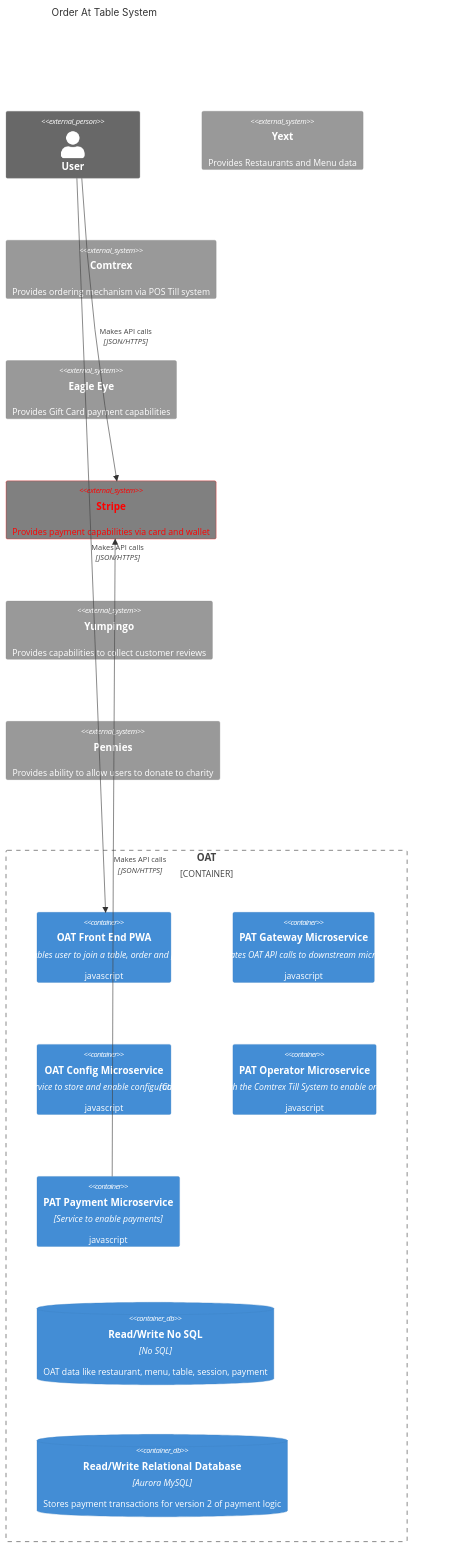
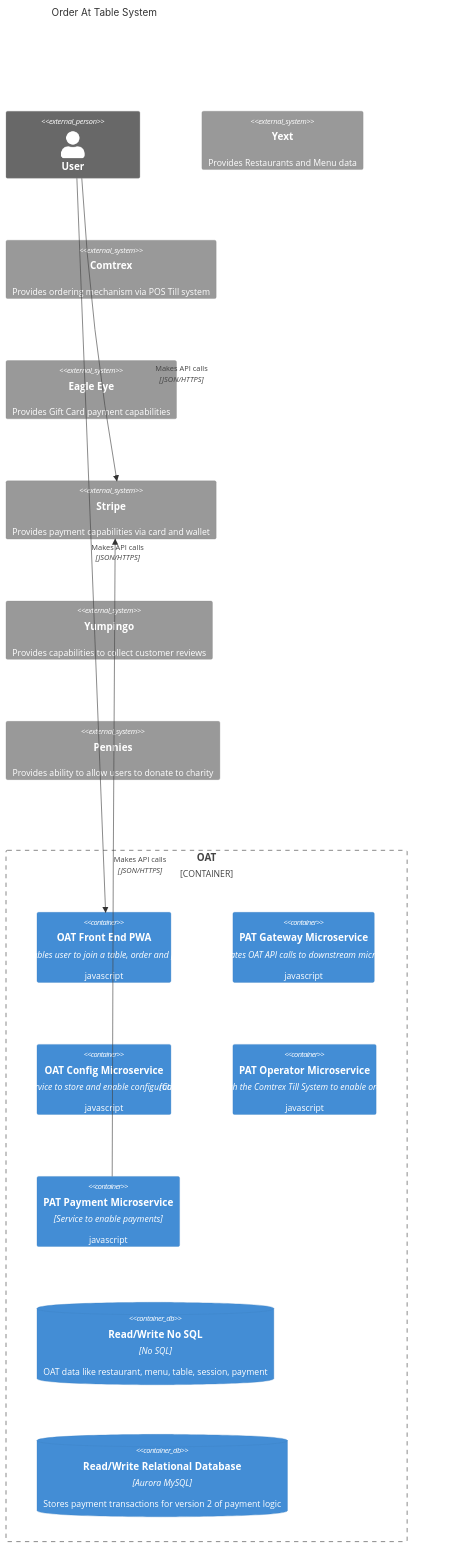
The diagram in c4-model.md (anandakumarpalanisamy/css-recipes), drawn with Mermaid before and after one commit.

````diff
--- a/c4-model.md
+++ b/c4-model.md
@@ -1,29 +1,29 @@
 ```mermaid
 C4Container
 title Order At Table System
 
 Person_Ext(person_ext_public, "User")
 Container_Boundary(Azzurri, "OAT") {
   Container(oat_front_end, "OAT Front End PWA", "Enables user to join a table, order and pay", "javascript")
   Container(pat_gateway, "PAT Gateway Microservice", "Orchestrates OAT API calls to downstream microservices", "javascript")
   Container(oat_config, "OAT Config Microservice", "Service to store and enable configuration", "javascript")
   Container(pat_operator, "PAT Operator Microservice", "Communicates with the Comtrex Till System to enable ordering mechanism", "javascript")
   Container(pat_payment, "PAT Payment Microservice", "Service to enable payments", "javascript")
   
   ContainerDb(DynamoDB, "Read/Write No SQL", "No SQL", "OAT data like restaurant, menu, table, session, payment")
   ContainerDb(Aurora, "Read/Write Relational Database", "Aurora MySQL", "Stores payment transactions for version 2 of payment logic")
 }
 
 System_Ext(system_ext_Yext, "Yext", "Provides Restaurants and Menu data")
 System_Ext(system_ext_Comtrex, "Comtrex", "Provides ordering mechanism via POS Till system")
 System_Ext(system_ext_Eagleeye, "Eagle Eye", "Provides Gift Card payment capabilities")
 System_Ext(system_ext_Stripe, "Stripe", "Provides payment capabilities via card and wallet")
 System_Ext(system_ext_Yumpingo, "Yumpingo", "Provides capabilities to collect customer reviews")
 System_Ext(system_ext_Pennies, "Pennies", "Provides ability to allow users to donate to charity")
 
 
 Rel(person_ext_public, oat_front_end,  "Makes API calls", "JSON/HTTPS")
-UpdateElementStyle(system_ext_Stripe, $fontColor="red", $bgColor="grey", $borderColor="red" $offsetX="90")
 Rel(person_ext_public, system_ext_Stripe,  "Makes API calls", "JSON/HTTPS")
+UpdateRelStyle(person_ext_public, system_ext_Stripe, $offsetY="60", $offsetX="90")
 Rel(pat_payment, system_ext_Stripe,  "Makes API calls", "JSON/HTTPS")
 ```
````
